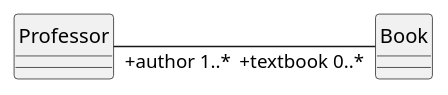
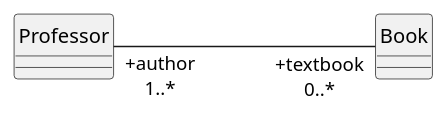
The second of 5 diagrams in Areas/CPP/Лекции/Lecture 9. Принципы ООП.md (MornaMeoi/notes), drawn with PlantUML before and after one commit. The commit also changed other lines of this file, not shown here.

````diff
--- a/Areas/CPP/Лекции/Lecture 9. Принципы ООП.md
+++ b/Areas/CPP/Лекции/Lecture 9. Принципы ООП.md
@@ -104,9 +105,9 @@
 ```plantuml
 @startuml
 hide circle
 left to right direction
 class Professor
 class Book
-Professor "+author 1..*" ---- "+textbook 0..*" Book
+Professor "+author\n1..*" ---- "+textbook\n0..*" Book
 @enduml
 ```
````
